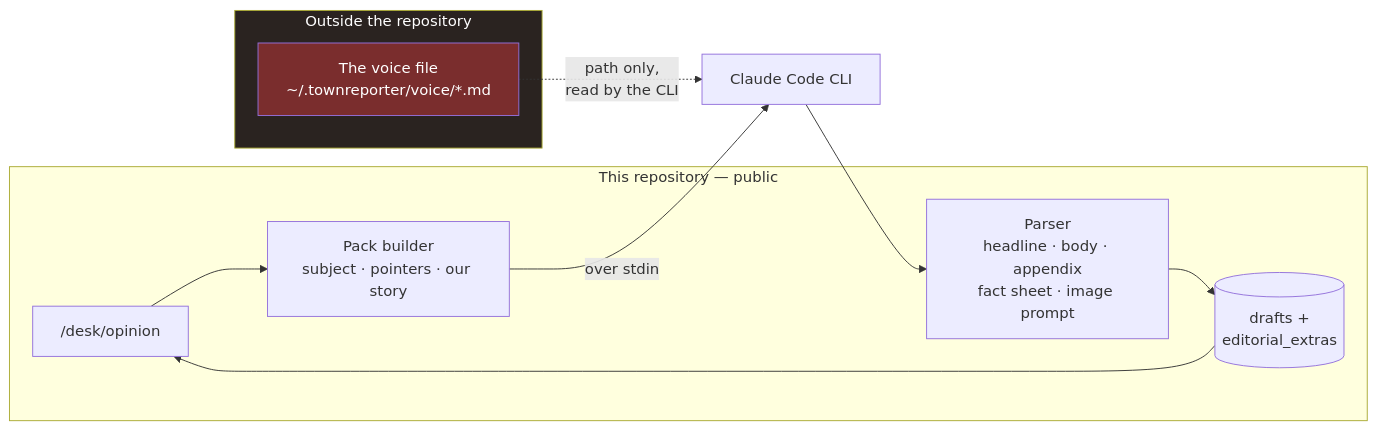
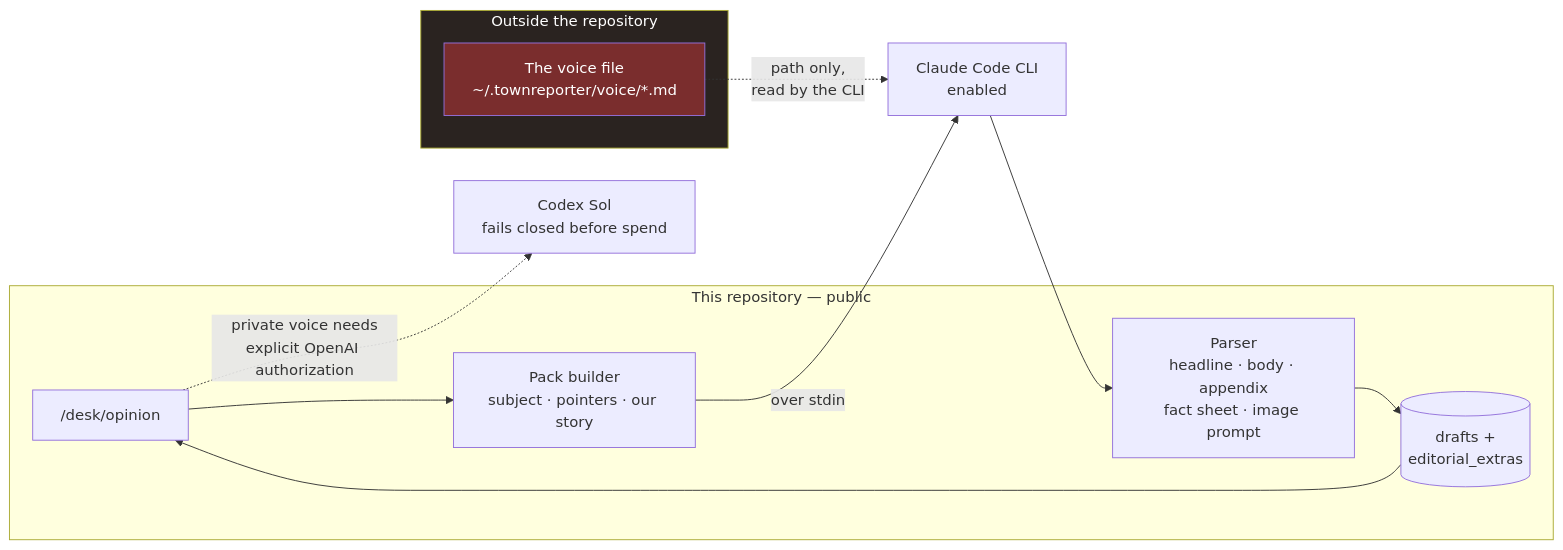
Before and after one commit to scottconverse/TownReporter: the fifth of 8 diagrams in docs/manual.md, drawn with Mermaid. The commit also changed other lines of this file and 46 other files, not shown here.

````diff
--- a/docs/manual.md
+++ b/docs/manual.md
@@ -636,23 +655,25 @@
 ```mermaid
 flowchart LR
     subgraph repo["This repository — public"]
         UI["/desk/opinion"]
         PACK["Pack builder<br/>subject · pointers · our story"]
         PARSE["Parser<br/>headline · body · appendix<br/>fact sheet · image prompt"]
         DRAFTS[("drafts +<br/>editorial_extras")]
     end
 
     subgraph private["Outside the repository"]
         VOICE["The voice file<br/>~/.townreporter/voice/*.md"]
     end
 
-    CLI["Claude Code CLI"]
+    CLI["Claude Code CLI<br/>enabled"]
+    CODEX["Codex Sol<br/>fails closed before spend"]
 
     UI --> PACK
     PACK -->|"over stdin"| CLI
     VOICE -.->|"path only,<br/>read by the CLI"| CLI
     CLI --> PARSE --> DRAFTS --> UI
+    UI -.->|"private voice needs<br/>explicit OpenAI authorization"| CODEX
 
     style private fill:#2a2320,color:#fff
     style VOICE fill:#7a2d2d,color:#fff
 ```
````
